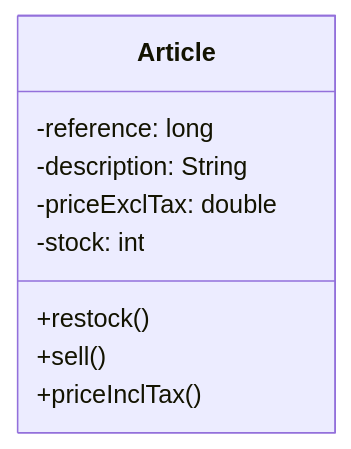
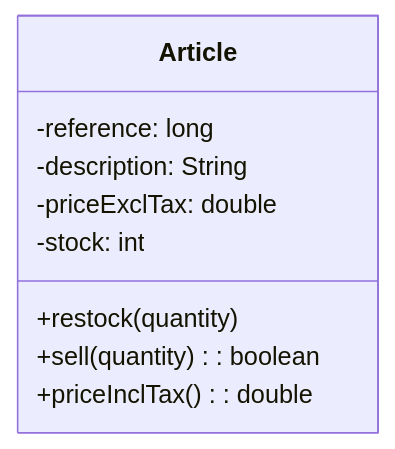
One commit to Lagmouchyoussef/java-oop-bank-store---Simple-and-descriptive changed the third of 4 diagrams in README.md. Above: the diagram before and after it, drawn with Mermaid. The commit also changed other lines of this file, not shown here.

````diff
--- a/README.md
+++ b/README.md
@@ -162,12 +252,12 @@
 ```mermaid
 classDiagram
     class Article {
         -reference: long
         -description: String
         -priceExclTax: double
         -stock: int
-        +restock()
-        +sell()
-        +priceInclTax()
+        +restock(quantity)
+        +sell(quantity): boolean
+        +priceInclTax(): double
     }
 ```
````
